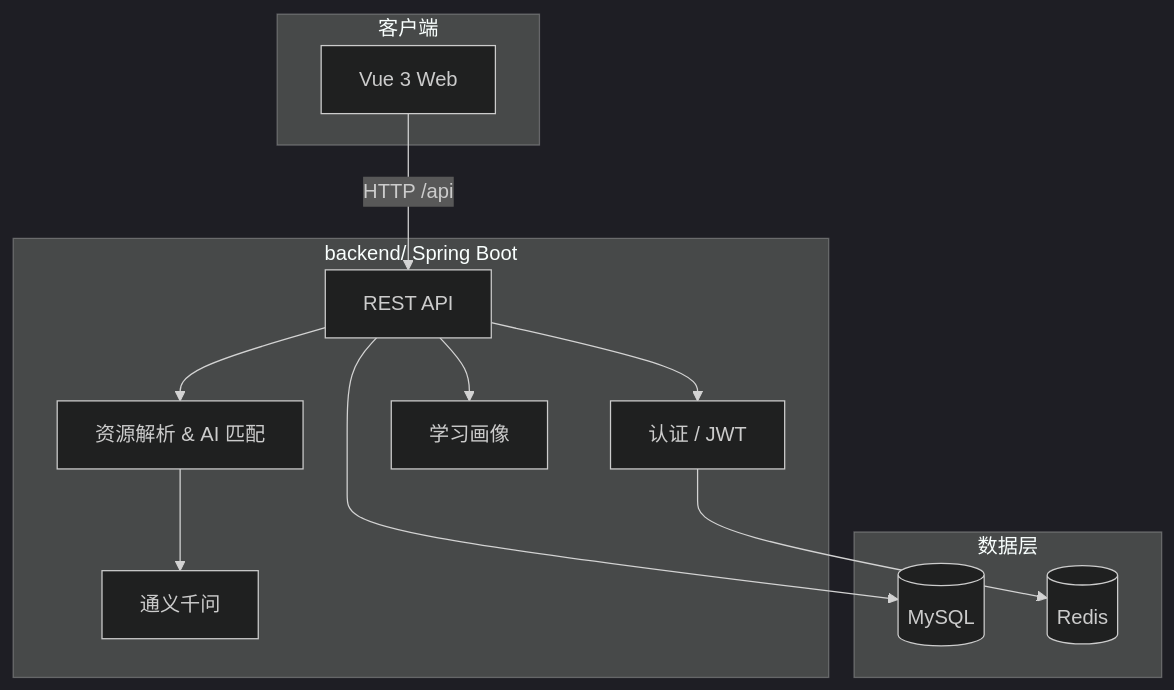
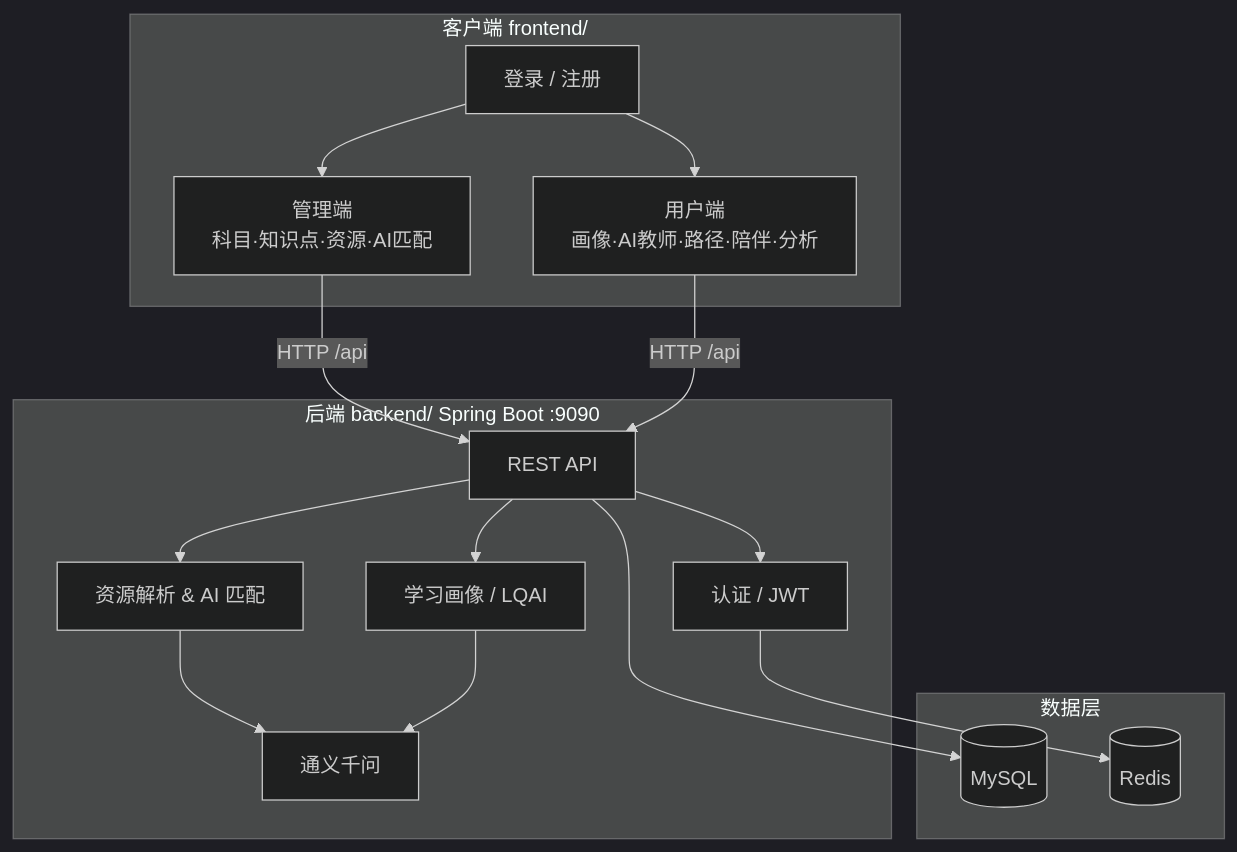
One commit to Fjie17/AIGClearningplatform changed the diagram in README.md. Above: the diagram before and after it, drawn with Mermaid (dark theme). The commit also changed other lines of this file and 1 other file, not shown here.

First line of the commit message:
docs: add frontend README and update project overview

````diff
--- a/README.md
+++ b/README.md
@@ -149,27 +151,32 @@
 ```mermaid
 flowchart TB
-    subgraph Client["客户端"]
-        Web["Vue 3 Web"]
+    subgraph Client["客户端 frontend/"]
+        Login["登录 / 注册"]
+        Admin["管理端<br/>科目·知识点·资源·AI匹配"]
+        User["用户端<br/>画像·AI教师·路径·陪伴·分析"]
     end
 
-    subgraph Backend["backend/ Spring Boot"]
+    subgraph Backend["后端 backend/ Spring Boot :9090"]
         API["REST API"]
         Auth["认证 / JWT"]
         Resource["资源解析 & AI 匹配"]
-        Profile["学习画像"]
+        Profile["学习画像 / LQAI"]
         AI["通义千问"]
     end
 
     subgraph Storage["数据层"]
         MySQL[(MySQL)]
         Redis[(Redis)]
     end
 
-    Web -->|HTTP /api| API
+    Login --> Admin
+    Login --> User
+    Admin & User -->|HTTP /api| API
     API --> Auth
     API --> Resource
     API --> Profile
     Resource --> AI
+    Profile --> AI
     API --> MySQL
     Auth --> Redis
 ```
````
